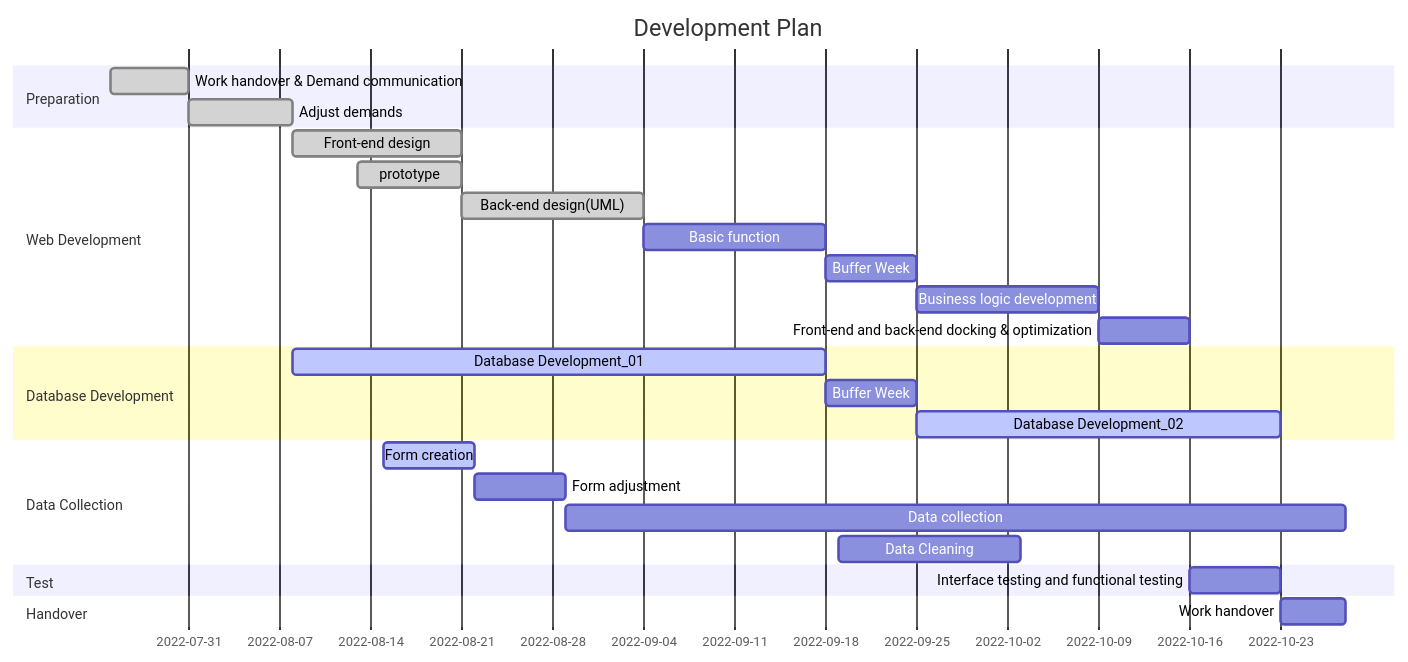
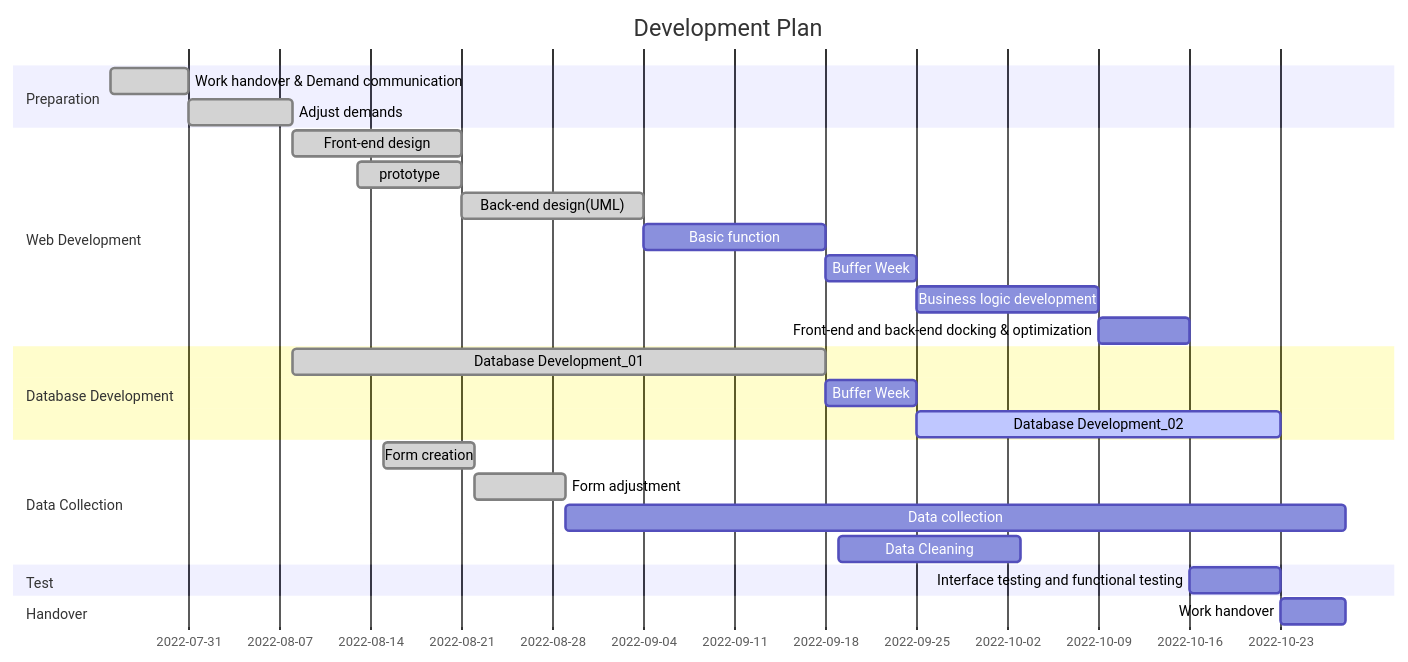
One commit to StellaHSY/InnerIntel-Web changed the diagram in README.md. Above: the diagram before and after it, drawn with Mermaid.

Commit message:
Update README.md
changed the state of Gantt

````diff
--- a/README.md
+++ b/README.md
@@ -52,34 +52,34 @@
 ```mermaid
  gantt 
         dateFormat  MM-DD
         title Development Plan 
         section Preparation
         Work handover & Demand communication		:done,p0, 07-25,07-31
         Adjust demands                          	:done,p1, 07-31,08-08
         
         section Web Development 
         Front-end design                        	:done,d0,08-08,08-21
         prototype                                   :done,d1,08-13,08-21
         Back-end design(UML)						:done,d2,after d1,09-04
         Basic function								:d3,after d2,09-18
         Buffer Week									:d4,after d3,09-25
         Business logic development					:d5,after d4,14d
         Front-end and back-end docking & optimization :d6,after d5,7d
         
         section Database Development 
-        Database Development_01						:active,dd0,08-08,09-18
+        Database Development_01						:done,dd0,08-08,09-18
         Buffer Week									:d4,after d3,09-25
         Database Development_02						:active,dd1,after d4,10-23
         
         section Data Collection
-        Form creation								:active,c0,08-15,7d
-        Form adjustment								:c1,after c0,7d
+        Form creation								:done,c0,08-15,7d
+        Form adjustment								:done,c1,after c0,7d
         Data collection								:c2,after c1,10-28
         Data Cleaning								:c3,09-19,14d
         
         section Test
         Interface testing and functional testing 	:t0,after d6,10-23
         
         section Handover
       	Work handover								:h0,after t0,10-28
 ```
````
